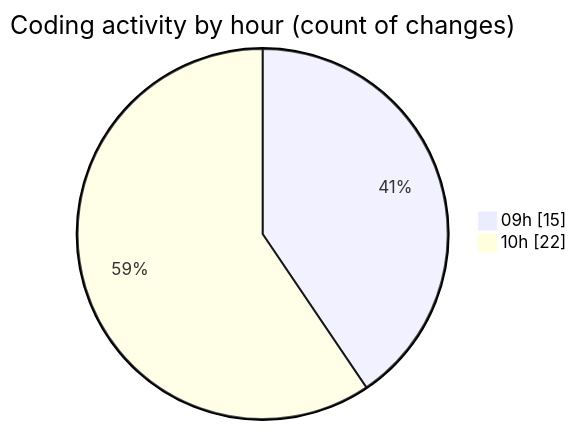
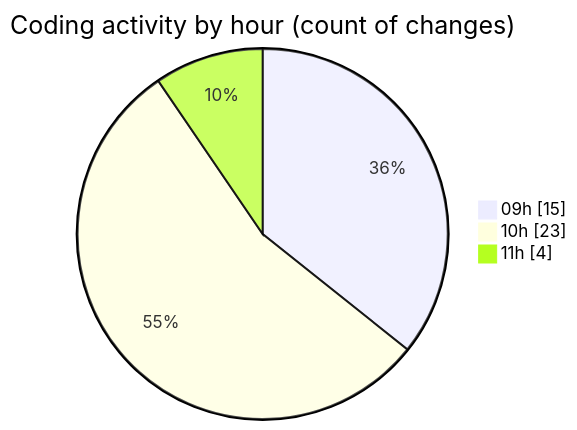
Before and after one commit to momahboobian/code-tracking: the second of 2 diagrams in 2026-01-19/cda/README.md, drawn with Mermaid. The commit also changed other lines of this file and 1 other file, not shown here.

````diff
--- a/2026-01-19/cda/README.md
+++ b/2026-01-19/cda/README.md
@@ -32,6 +33,7 @@
 ```mermaid
 pie showData
 title Coding activity by hour (count of changes)
 "09h" : 15
-"10h" : 22
+"10h" : 23
+"11h" : 4
 ```
````
